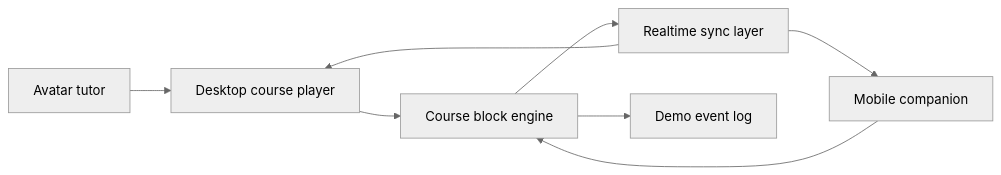
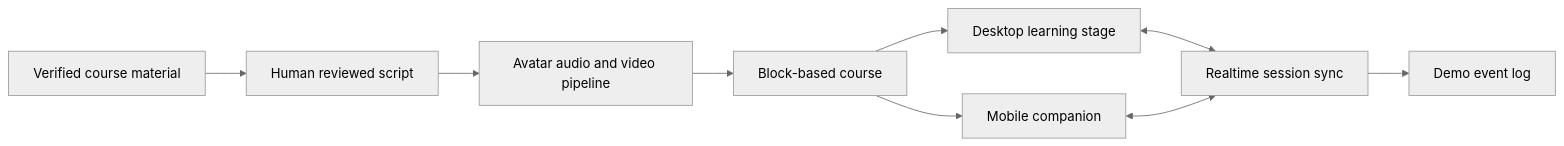
One commit to TorchiaHub/Demo-ELearning changed the diagram in README.md. Above: the diagram before and after it, drawn with Mermaid (neutral theme). The commit also changed other lines of this file and 2 other files, not shown here.

````diff
--- a/README.md
+++ b/README.md
@@ -55,10 +119,11 @@
 ```mermaid
 flowchart LR
-    A["Desktop course player"] --> B["Course block engine"]
-    C["Mobile companion"] --> B
-    B --> D["Realtime sync layer"]
-    D --> A
-    D --> C
-    B --> E["Demo event log"]
-    F["Avatar tutor"] --> A
+    A["Verified course material"] --> B["Human reviewed script"]
+    B --> C["Avatar audio and video pipeline"]
+    C --> D["Block-based course"]
+    D --> E["Desktop learning stage"]
+    D --> F["Mobile companion"]
+    E <--> G["Realtime session sync"]
+    F <--> G
+    G --> H["Demo event log"]
 ```
````
